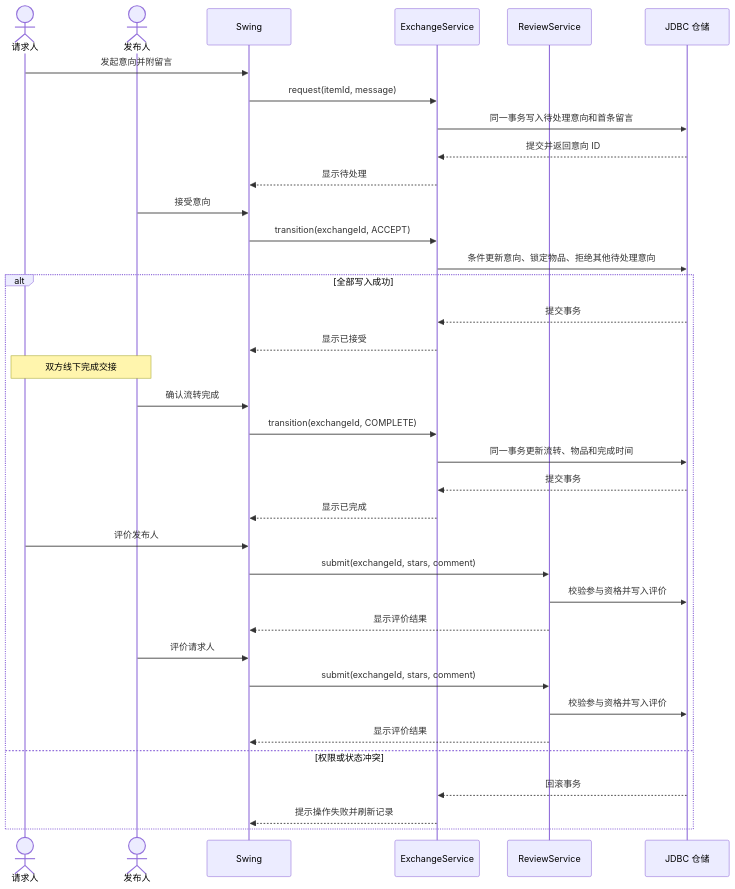
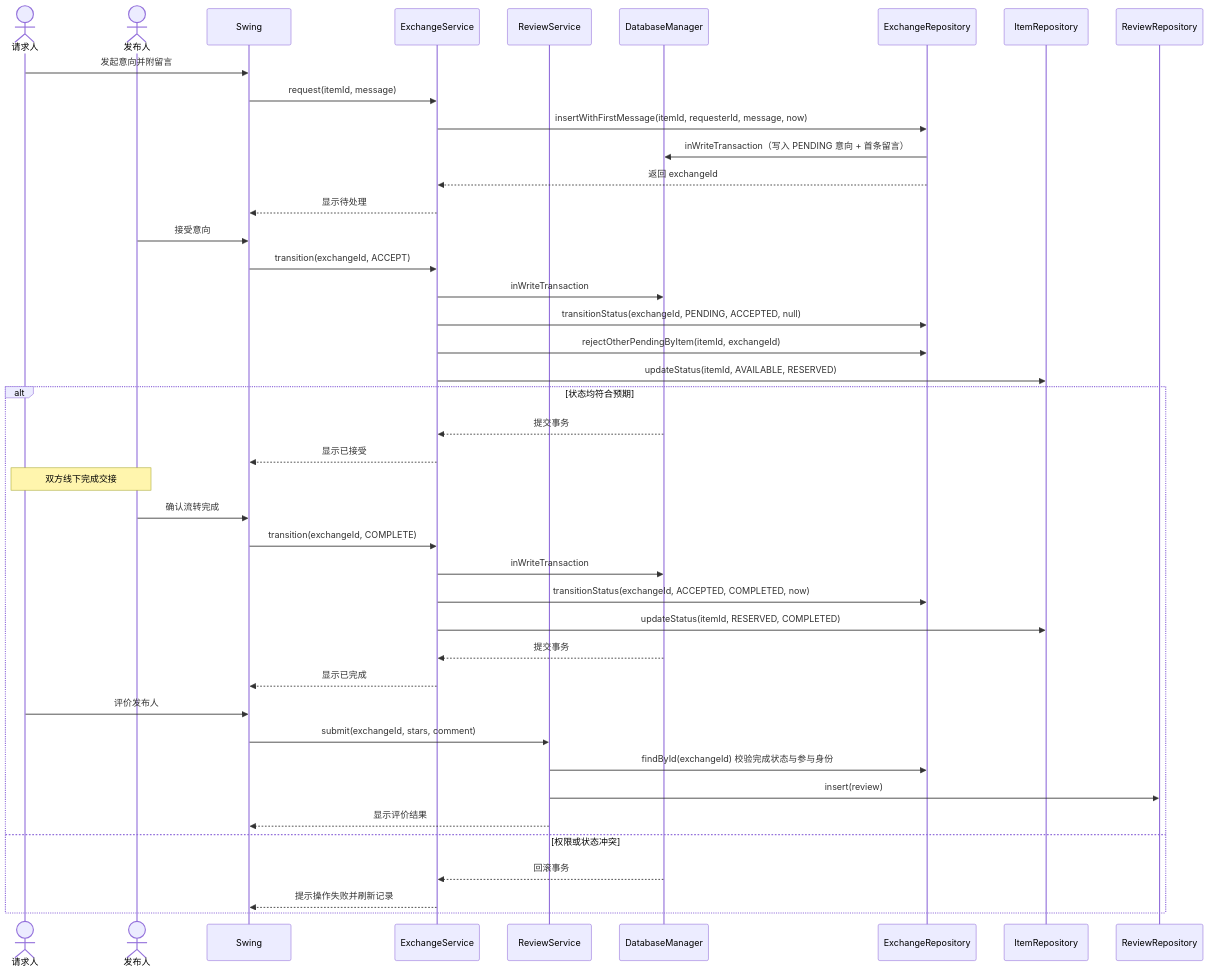
One commit to Ayin-gqzz/campus-resource-circulation changed the third of 4 diagrams in docs/uml.md. Above: the diagram before and after it, drawn with Mermaid. The commit also changed other lines of this file and 3 other files, not shown here.

Commit message:
docs: align UML diagrams, architecture, and README with implemented data layer

````diff
--- a/docs/uml.md
+++ b/docs/uml.md
@@ -117,38 +153,46 @@
 ```mermaid
 sequenceDiagram
     actor Buyer as 请求人
     actor Owner as 发布人
     participant UI as Swing
     participant Trade as ExchangeService
     participant Rate as ReviewService
-    participant DB as JDBC 仓储
+    participant DB as DatabaseManager
+    participant ExRepo as ExchangeRepository
+    participant ItemRepo as ItemRepository
+    participant RevRepo as ReviewRepository
+
     Buyer->>UI: 发起意向并附留言
     UI->>Trade: request(itemId, message)
-    Trade->>DB: 同一事务写入待处理意向和首条留言
-    DB-->>Trade: 提交并返回意向 ID
+    Trade->>ExRepo: insertWithFirstMessage(itemId, requesterId, message, now)
+    ExRepo->>DB: inWriteTransaction（写入 PENDING 意向 + 首条留言）
+    ExRepo-->>Trade: 返回 exchangeId
     Trade-->>UI: 显示待处理
+
     Owner->>UI: 接受意向
     UI->>Trade: transition(exchangeId, ACCEPT)
-    Trade->>DB: 条件更新意向、锁定物品、拒绝其他待处理意向
-    alt 全部写入成功
+    Trade->>DB: inWriteTransaction
+    Trade->>ExRepo: transitionStatus(exchangeId, PENDING, ACCEPTED, null)
+    Trade->>ExRepo: rejectOtherPendingByItem(itemId, exchangeId)
+    Trade->>ItemRepo: updateStatus(itemId, AVAILABLE, RESERVED)
+    alt 状态均符合预期
         DB-->>Trade: 提交事务
         Trade-->>UI: 显示已接受
         Note over Buyer,Owner: 双方线下完成交接
         Owner->>UI: 确认流转完成
         UI->>Trade: transition(exchangeId, COMPLETE)
-        Trade->>DB: 同一事务更新流转、物品和完成时间
+        Trade->>DB: inWriteTransaction
+        Trade->>ExRepo: transitionStatus(exchangeId, ACCEPTED, COMPLETED, now)
+        Trade->>ItemRepo: updateStatus(itemId, RESERVED, COMPLETED)
         DB-->>Trade: 提交事务
         Trade-->>UI: 显示已完成
         Buyer->>UI: 评价发布人
         UI->>Rate: submit(exchangeId, stars, comment)
-        Rate->>DB: 校验参与资格并写入评价
-        Rate-->>UI: 显示评价结果
-        Owner->>UI: 评价请求人
-        UI->>Rate: submit(exchangeId, stars, comment)
-        Rate->>DB: 校验参与资格并写入评价
+        Rate->>ExRepo: findById(exchangeId) 校验完成状态与参与身份
+        Rate->>RevRepo: insert(review)
         Rate-->>UI: 显示评价结果
     else 权限或状态冲突
         DB-->>Trade: 回滚事务
         Trade-->>UI: 提示操作失败并刷新记录
     end
 ```
````
